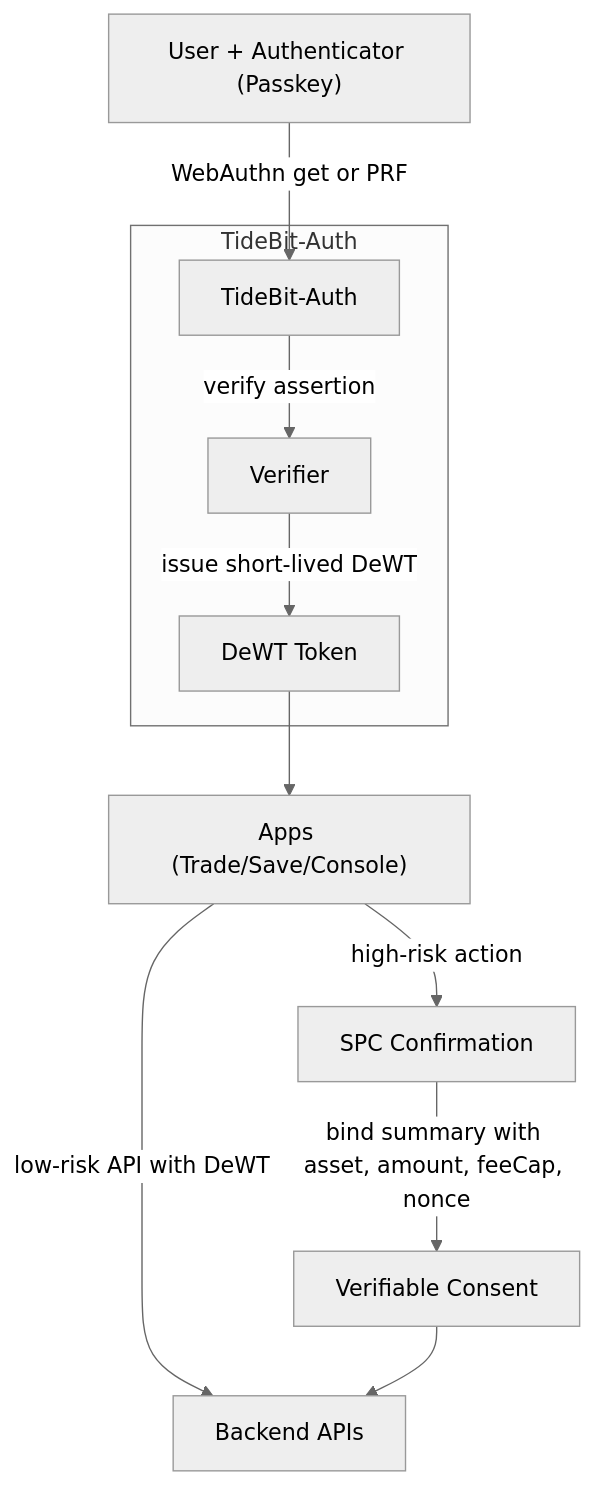
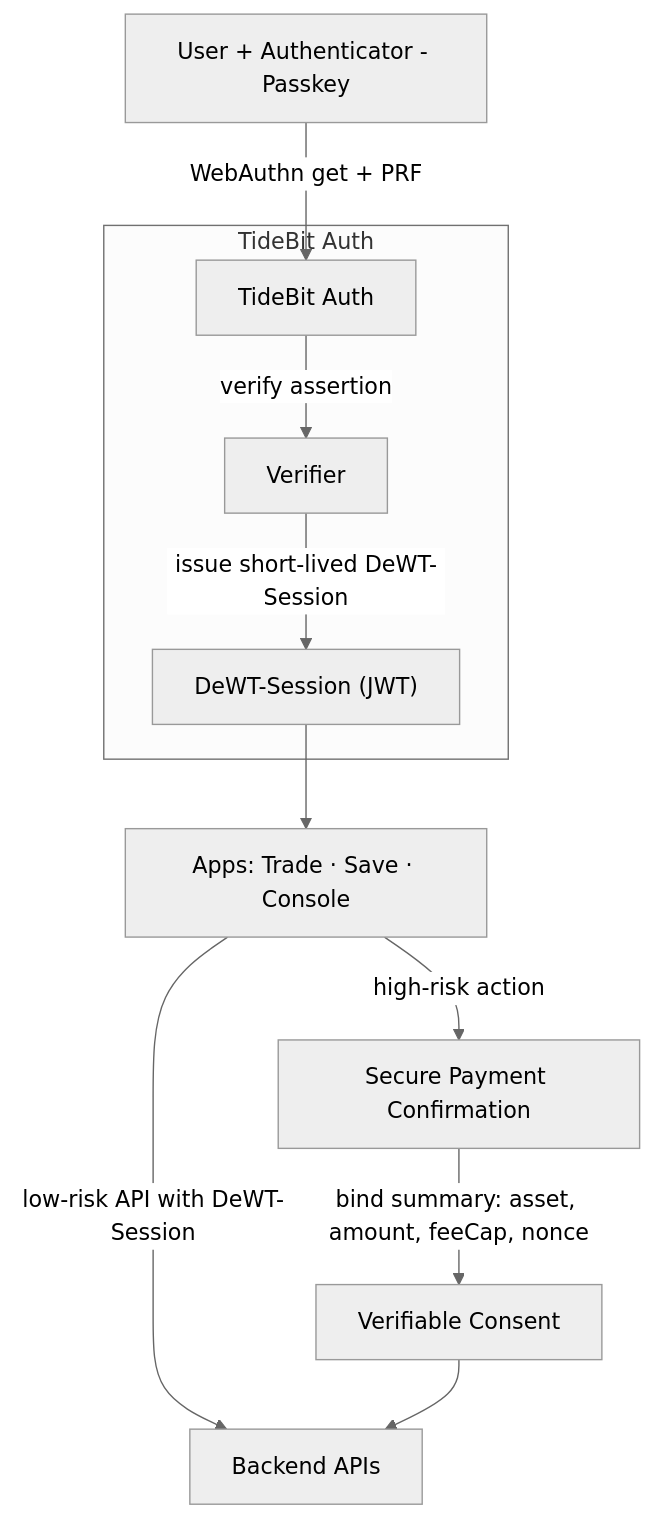
The first of 2 diagrams in TideBit-DeFi/FIDO2_Authentication.md (CAFECA-IO/KnowledgeManagement), drawn with Mermaid (neutral theme) before and after one commit. The commit also changed other lines of this file, not shown here.

````diff
--- a/TideBit-DeFi/FIDO2_Authentication.md
+++ b/TideBit-DeFi/FIDO2_Authentication.md
@@ -78,15 +255,13 @@
 ```mermaid
 flowchart TB
-  u["User + Authenticator (Passkey)"] -->|WebAuthn get or PRF| auth["TideBit-Auth"]
-
-  subgraph sg_auth["TideBit-Auth"]
+  u["User + Authenticator - Passkey"] -->|WebAuthn get + PRF| auth["TideBit Auth"]
+  subgraph sg_auth["TideBit Auth"]
     auth -->|verify assertion| v[Verifier]
-    v -->|issue short-lived DeWT| jwt["DeWT Token"]
+    v -->|issue short-lived DeWT-Session| jwt["DeWT-Session (JWT)"]
   end
-
-  jwt --> apps["Apps (Trade/Save/Console)"]
-  apps -->|low-risk API with DeWT| api["Backend APIs"]
-  apps -->|high-risk action| spc["SPC Confirmation"]
-  spc -->|bind summary with asset, amount, feeCap, nonce| consent["Verifiable Consent"]
+  jwt --> apps["Apps: Trade · Save · Console"]
+  apps -->|low-risk API with DeWT-Session| api["Backend APIs"]
+  apps -->|high-risk action| spc["Secure Payment Confirmation"]
+  spc -->|bind summary: asset, amount, feeCap, nonce| consent["Verifiable Consent"]
   consent --> api
 ```
````
